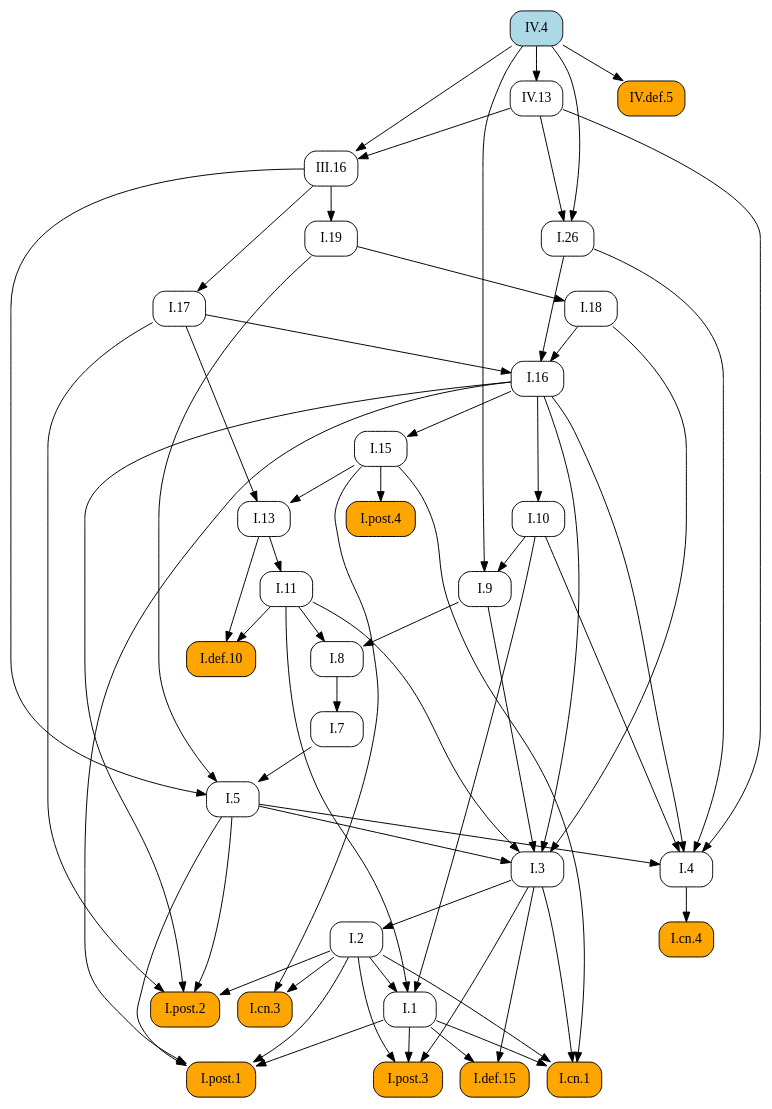
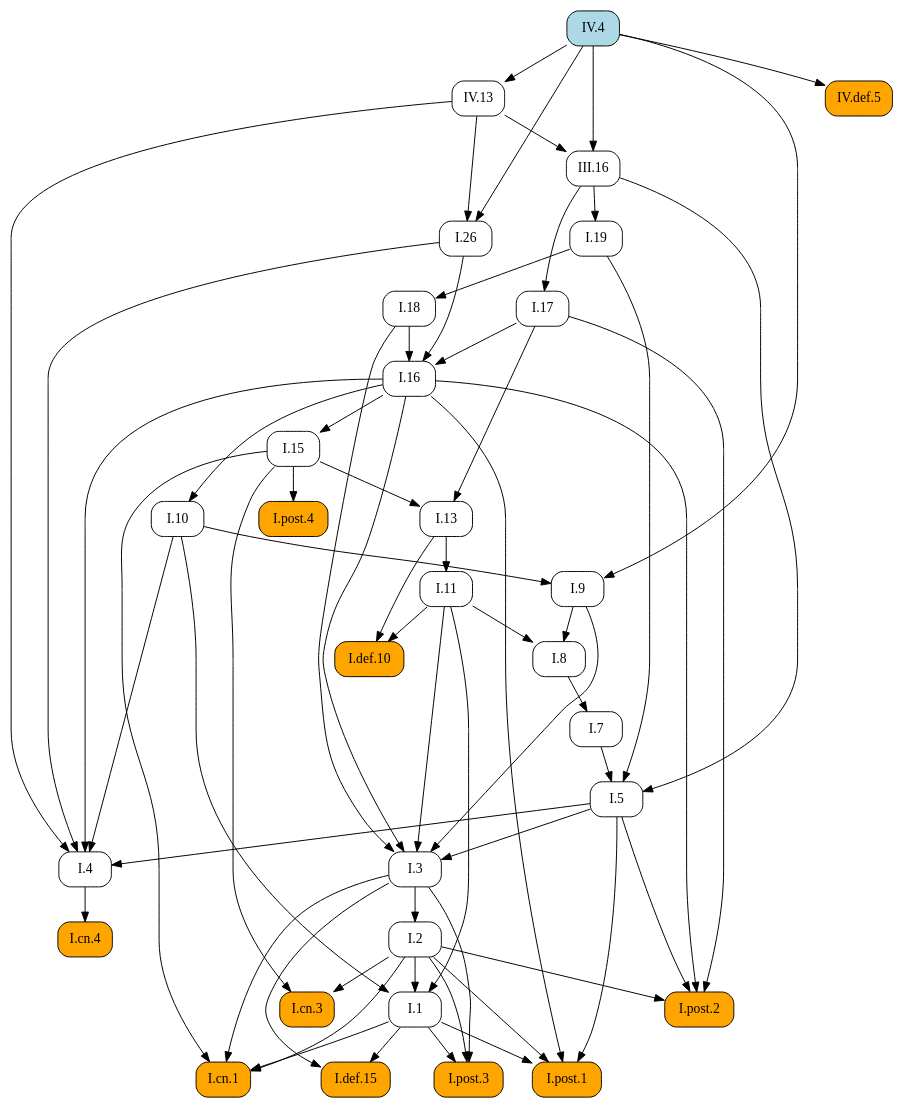
Before and after one commit to geometor/elements: the diagram in docsrc/heath/IV/4/index.rst, drawn with Graphviz. The commit also changed other lines of this file and 484 other files, not shown here.

```diff
--- a/docsrc/heath/IV/4/index.rst
+++ b/docsrc/heath/IV/4/index.rst
@@ -83,96 +83,96 @@
    digraph {
      rankdir="TB";
      node [shape=box, style=rounded];
+     "I.9" [URL="/heath/I/9/", target="_top"];
+     "I.cn.1" [style="rounded,filled", fillcolor=orange, URL="/heath/I/cn.1/", target="_top"];
+     "I.7" [URL="/heath/I/7/", target="_top"];
+     "I.2" [URL="/heath/I/2/", target="_top"];
+     "I.def.15" [style="rounded,filled", fillcolor=orange, URL="/heath/I/def.15/", target="_top"];
+     "I.13" [URL="/heath/I/13/", target="_top"];
+     "I.post.4" [style="rounded,filled", fillcolor=orange, URL="/heath/I/post.4/", target="_top"];
+     "I.4" [URL="/heath/I/4/", target="_top"];
+     "I.1" [URL="/heath/I/1/", target="_top"];
+     "I.post.3" [style="rounded,filled", fillcolor=orange, URL="/heath/I/post.3/", target="_top"];
+     "I.post.1" [style="rounded,filled", fillcolor=orange, URL="/heath/I/post.1/", target="_top"];
+     "I.5" [URL="/heath/I/5/", target="_top"];
+     "I.19" [URL="/heath/I/19/", target="_top"];
+     "I.17" [URL="/heath/I/17/", target="_top"];
+     "I.8" [URL="/heath/I/8/", target="_top"];
+     "I.cn.3" [style="rounded,filled", fillcolor=orange, URL="/heath/I/cn.3/", target="_top"];
+     "III.16" [URL="/heath/III/16/", target="_top"];
+     "I.16" [URL="/heath/I/16/", target="_top"];
      "I.def.10" [style="rounded,filled", fillcolor=orange, URL="/heath/I/def.10/", target="_top"];
+     "I.18" [URL="/heath/I/18/", target="_top"];
+     "I.15" [URL="/heath/I/15/", target="_top"];
+     "IV.def.5" [style="rounded,filled", fillcolor=orange, URL="/heath/IV/def.5/", target="_top"];
+     "I.10" [URL="/heath/I/10/", target="_top"];
      "I.11" [URL="/heath/I/11/", target="_top"];
-     "I.post.4" [style="rounded,filled", fillcolor=orange, URL="/heath/I/post.4/", target="_top"];
-     "I.1" [URL="/heath/I/1/", target="_top"];
-     "III.16" [URL="/heath/III/16/", target="_top"];
+     "I.cn.4" [style="rounded,filled", fillcolor=orange, URL="/heath/I/cn.4/", target="_top"];
+     "I.post.2" [style="rounded,filled", fillcolor=orange, URL="/heath/I/post.2/", target="_top"];
      "IV.4" [style="rounded,filled", fillcolor=lightblue, URL="/heath/IV/4/", target="_top"];
      "I.26" [URL="/heath/I/26/", target="_top"];
-     "I.7" [URL="/heath/I/7/", target="_top"];
+     "IV.13" [URL="/heath/IV/13/", target="_top"];
      "I.3" [URL="/heath/I/3/", target="_top"];
-     "IV.13" [URL="/heath/IV/13/", target="_top"];
-     "I.2" [URL="/heath/I/2/", target="_top"];
-     "I.4" [URL="/heath/I/4/", target="_top"];
-     "I.13" [URL="/heath/I/13/", target="_top"];
-     "I.17" [URL="/heath/I/17/", target="_top"];
-     "I.5" [URL="/heath/I/5/", target="_top"];
-     "I.post.2" [style="rounded,filled", fillcolor=orange, URL="/heath/I/post.2/", target="_top"];
-     "I.18" [URL="/heath/I/18/", target="_top"];
-     "I.16" [URL="/heath/I/16/", target="_top"];
-     "I.def.15" [style="rounded,filled", fillcolor=orange, URL="/heath/I/def.15/", target="_top"];
-     "I.9" [URL="/heath/I/9/", target="_top"];
-     "I.post.3" [style="rounded,filled", fillcolor=orange, URL="/heath/I/post.3/", target="_top"];
-     "I.19" [URL="/heath/I/19/", target="_top"];
-     "I.cn.1" [style="rounded,filled", fillcolor=orange, URL="/heath/I/cn.1/", target="_top"];
-     "I.cn.3" [style="rounded,filled", fillcolor=orange, URL="/heath/I/cn.3/", target="_top"];
-     "I.8" [URL="/heath/I/8/", target="_top"];
-     "I.cn.4" [style="rounded,filled", fillcolor=orange, URL="/heath/I/cn.4/", target="_top"];
-     "I.15" [URL="/heath/I/15/", target="_top"];
-     "I.post.1" [style="rounded,filled", fillcolor=orange, URL="/heath/I/post.1/", target="_top"];
-     "I.10" [URL="/heath/I/10/", target="_top"];
-     "IV.def.5" [style="rounded,filled", fillcolor=orange, URL="/heath/IV/def.5/", target="_top"];
-     "I.11" -> "I.def.10";
-     "I.13" -> "I.def.10";
-     "I.13" -> "I.11";
+     "I.10" -> "I.9";
+     "IV.4" -> "I.9";
+     "I.1" -> "I.cn.1";
+     "I.2" -> "I.cn.1";
+     "I.3" -> "I.cn.1";
+     "I.15" -> "I.cn.1";
+     "I.8" -> "I.7";
+     "I.3" -> "I.2";
+     "I.1" -> "I.def.15";
+     "I.3" -> "I.def.15";
+     "I.15" -> "I.13";
+     "I.17" -> "I.13";
      "I.15" -> "I.post.4";
+     "I.5" -> "I.4";
+     "I.10" -> "I.4";
+     "I.16" -> "I.4";
+     "I.26" -> "I.4";
+     "IV.13" -> "I.4";
      "I.2" -> "I.1";
      "I.10" -> "I.1";
      "I.11" -> "I.1";
+     "I.1" -> "I.post.3";
+     "I.2" -> "I.post.3";
+     "I.3" -> "I.post.3";
+     "I.1" -> "I.post.1";
+     "I.2" -> "I.post.1";
+     "I.5" -> "I.post.1";
+     "I.16" -> "I.post.1";
+     "I.7" -> "I.5";
+     "I.19" -> "I.5";
+     "III.16" -> "I.5";
+     "III.16" -> "I.19";
+     "III.16" -> "I.17";
+     "I.9" -> "I.8";
+     "I.11" -> "I.8";
+     "I.2" -> "I.cn.3";
+     "I.15" -> "I.cn.3";
      "IV.4" -> "III.16";
      "IV.13" -> "III.16";
+     "I.17" -> "I.16";
+     "I.18" -> "I.16";
+     "I.26" -> "I.16";
+     "I.11" -> "I.def.10";
+     "I.13" -> "I.def.10";
+     "I.19" -> "I.18";
+     "I.16" -> "I.15";
+     "IV.4" -> "IV.def.5";
+     "I.16" -> "I.10";
+     "I.13" -> "I.11";
+     "I.4" -> "I.cn.4";
+     "I.2" -> "I.post.2";
+     "I.5" -> "I.post.2";
+     "I.16" -> "I.post.2";
+     "I.17" -> "I.post.2";
      "IV.4" -> "I.26";
      "IV.13" -> "I.26";
-     "I.8" -> "I.7";
+     "IV.4" -> "IV.13";
      "I.5" -> "I.3";
      "I.9" -> "I.3";
      "I.11" -> "I.3";
      "I.16" -> "I.3";
      "I.18" -> "I.3";
-     "IV.4" -> "IV.13";
-     "I.3" -> "I.2";
-     "I.5" -> "I.4";
-     "I.10" -> "I.4";
-     "I.16" -> "I.4";
-     "I.26" -> "I.4";
-     "IV.13" -> "I.4";
-     "I.15" -> "I.13";
-     "I.17" -> "I.13";
-     "III.16" -> "I.17";
-     "I.7" -> "I.5";
-     "I.19" -> "I.5";
-     "III.16" -> "I.5";
-     "I.2" -> "I.post.2";
-     "I.5" -> "I.post.2";
-     "I.16" -> "I.post.2";
-     "I.17" -> "I.post.2";
-     "I.19" -> "I.18";
-     "I.17" -> "I.16";
-     "I.18" -> "I.16";
-     "I.26" -> "I.16";
-     "I.1" -> "I.def.15";
-     "I.3" -> "I.def.15";
-     "I.10" -> "I.9";
-     "IV.4" -> "I.9";
-     "I.1" -> "I.post.3";
-     "I.2" -> "I.post.3";
-     "I.3" -> "I.post.3";
-     "III.16" -> "I.19";
-     "I.1" -> "I.cn.1";
-     "I.2" -> "I.cn.1";
-     "I.3" -> "I.cn.1";
-     "I.15" -> "I.cn.1";
-     "I.2" -> "I.cn.3";
-     "I.15" -> "I.cn.3";
-     "I.9" -> "I.8";
-     "I.11" -> "I.8";
-     "I.4" -> "I.cn.4";
-     "I.16" -> "I.15";
-     "I.1" -> "I.post.1";
-     "I.2" -> "I.post.1";
-     "I.5" -> "I.post.1";
-     "I.16" -> "I.post.1";
-     "I.16" -> "I.10";
-     "IV.4" -> "IV.def.5";
    }
```
